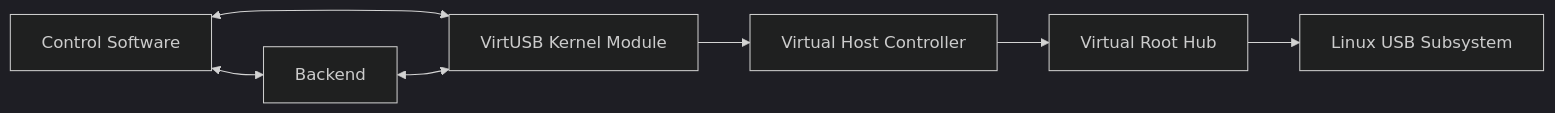
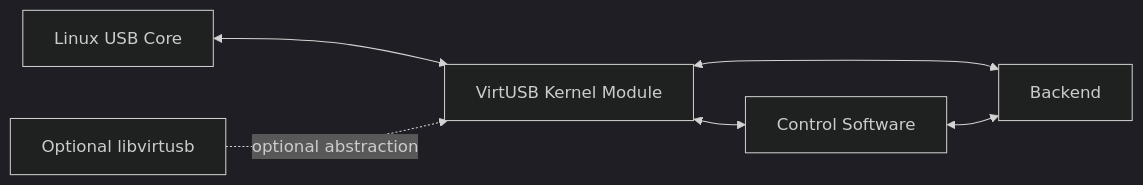
One commit to RomanBuchert/VirtUSB changed the third of 8 diagrams in doc/architecture/system-overview.md. Above: the diagram before and after it, drawn with Mermaid (dark theme). The commit also changed other lines of this file and 6 other files, not shown here.

First line of the commit message:
docs: refine architecture and requirements documentation (WIP)

````diff
--- a/doc/architecture/system-overview.md
+++ b/doc/architecture/system-overview.md
@@ -67,16 +204,14 @@
 ```mermaid
 flowchart LR
-   ctrl["Control Software"]
+   linux["Linux USB Core"]
+   kernel["VirtUSB Kernel Module"]
+   control["Control Software"]
    backend["Backend"]
-   kernel["VirtUSB Kernel Module"]
-   hcd["Virtual Host Controller"]
-   hub["Virtual Root Hub"]
-   linux["Linux USB Subsystem"]
+   library["Optional libvirtusb"]
 
-   ctrl <--> kernel
-   ctrl <--> backend
-   backend <--> kernel
-   kernel --> hcd
-   hcd --> hub
-   hub --> linux
+   linux <--> kernel
+   kernel <--> control
+   kernel <--> backend
+   control <--> backend
+   library -.optional abstraction.-> kernel
 ```
````
